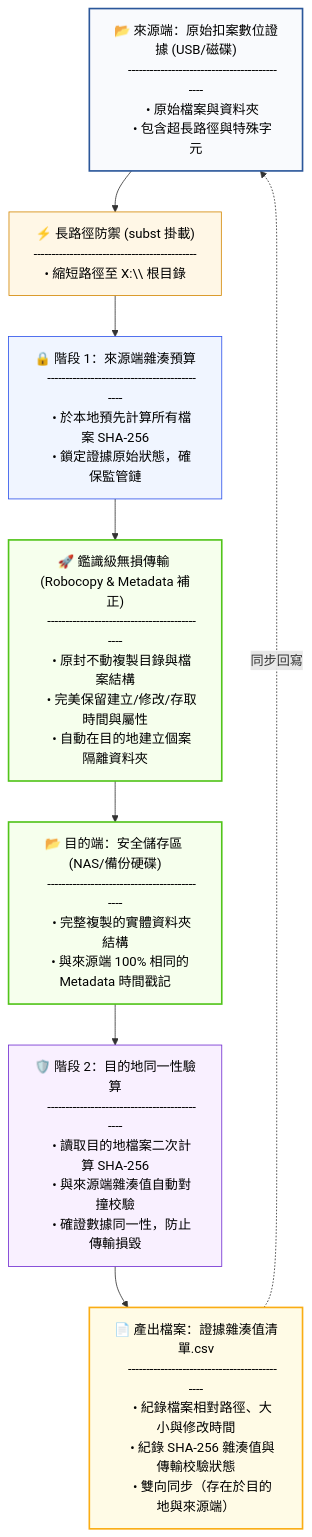
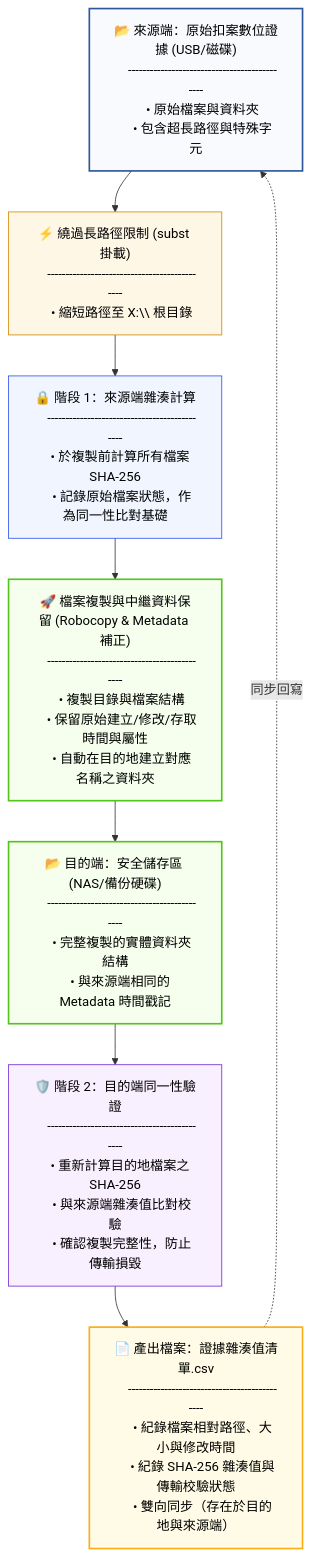
One commit to Chiakai-Chang/Forensic-Evidence-Ingestion-Tool changed the diagram in README.md. Above: the diagram before and after it, drawn with Mermaid. The commit also changed other lines of this file and 2 other files, not shown here.

````diff
--- a/README.md
+++ b/README.md
@@ -14,58 +14,58 @@
 ```mermaid
 flowchart TD
     %% Node Definitions
     Source["📂 來源端：原始扣案數位證據 (USB/磁碟)
     ---------------------------------------------
     • 原始檔案與資料夾
     • 包含超長路徑與特殊字元"]
     
-    Subst["⚡ 長路徑防禦 (subst 掛載)
+    Subst["⚡ 繞過長路徑限制 (subst 掛載)
     ---------------------------------------------
     • 縮短路徑至 X:\\ 根目錄"]
     
-    SourceHash["🔒 階段 1：來源端雜湊預算
+    SourceHash["🔒 階段 1：來源端雜湊計算
     ---------------------------------------------
-    • 於本地預先計算所有檔案 SHA-256
-    • 鎖定證據原始狀態，確保監管鏈"]
+    • 於複製前計算所有檔案 SHA-256
+    • 記錄原始檔案狀態，作為同一性比對基礎"]
     
-    Robocopy["🚀 鑑識級無損傳輸 (Robocopy & Metadata 補正)
+    Robocopy["🚀 檔案複製與中繼資料保留 (Robocopy & Metadata 補正)
     ---------------------------------------------
-    • 原封不動複製目錄與檔案結構
-    • 完美保留建立/修改/存取時間與屬性
-    • 自動在目的地建立個案隔離資料夾"]
+    • 複製目錄與檔案結構
+    • 保留原始建立/修改/存取時間與屬性
+    • 自動在目的地建立對應名稱之資料夾"]
     
     TargetDir["📂 目的端：安全儲存區 (NAS/備份硬碟)
     ---------------------------------------------
     • 完整複製的實體資料夾結構
-    • 與來源端 100% 相同的 Metadata 時間戳記"]
+    • 與來源端相同的 Metadata 時間戳記"]
     
     Manifest["📄 產出檔案：證據雜湊值清單.csv
     ---------------------------------------------
     • 紀錄檔案相對路徑、大小與修改時間
     • 紀錄 SHA-256 雜湊值與傳輸校驗狀態
     • 雙向同步（存在於目的地與來源端）"]
     
-    Verify["🛡️ 階段 2：目的地同一性驗算
+    Verify["🛡️ 階段 2：目的端同一性驗證
     ---------------------------------------------
-    • 讀取目的地檔案二次計算 SHA-256
-    • 與來源端雜湊值自動對撞校驗
-    • 確證數據同一性，防止傳輸損毀"]
+    • 重新計算目的地檔案之 SHA-256
+    • 與來源端雜湊值比對校驗
+    • 確認複製完整性，防止傳輸損毀"]
 
     %% Flow Connections
     Source --> Subst
     Subst --> SourceHash
     SourceHash --> Robocopy
     Robocopy --> TargetDir
     TargetDir --> Verify
     Verify --> Manifest
     Manifest -.->|同步回寫| Source
 
     %% Styling
     style Source fill:#f9fafd,stroke:#2b579a,stroke-width:2px,color:#000
     style Subst fill:#fff7e6,stroke:#d48806,stroke-width:1px,color:#000
     style SourceHash fill:#f0f5ff,stroke:#2f54eb,stroke-width:1px,color:#000
     style Robocopy fill:#f6ffed,stroke:#52c41a,stroke-width:2px,color:#000
     style TargetDir fill:#f6ffed,stroke:#52c41a,stroke-width:2px,color:#000
     style Verify fill:#f9f0ff,stroke:#722ed1,stroke-width:1px,color:#000
     style Manifest fill:#fffbe6,stroke:#faad14,stroke-width:2px,color:#000
 ```
````
